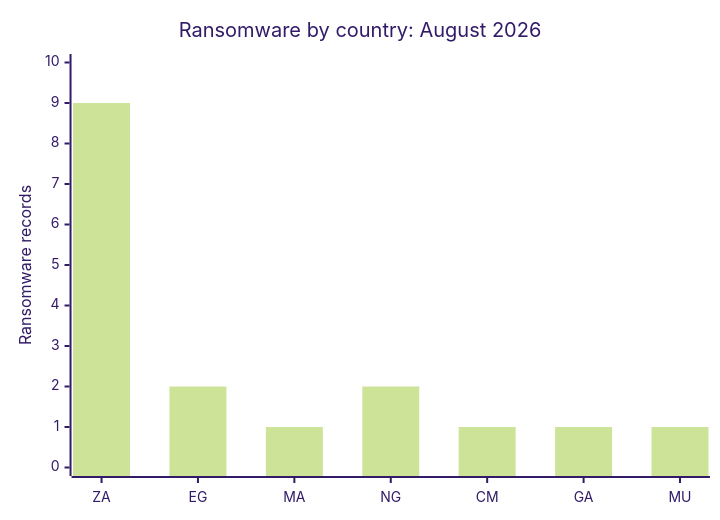
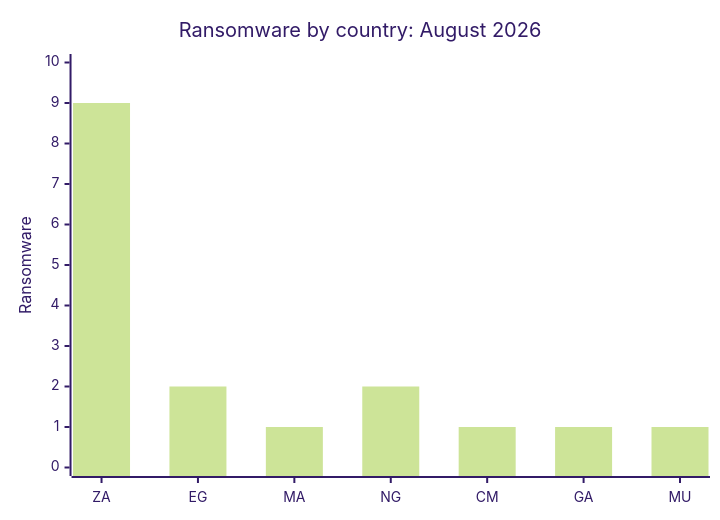
The fourth of 10 diagrams in CyberAttackAfrica/2026/08-august/README.md (Hatchepsoute/AFRINTEL), drawn with Mermaid (forest theme) before and after one commit. The commit also changed other lines of this file and 1 other file, not shown here.

````diff
--- a/CyberAttackAfrica/2026/08-august/README.md
+++ b/CyberAttackAfrica/2026/08-august/README.md
@@ -152,7 +179,7 @@
 ```mermaid
 xychart-beta
     title "Ransomware by country: August 2026"
     x-axis ["ZA", "EG", "MA", "NG", "CM", "GA", "MU"]
-    y-axis "Ransomware records" 0 --> 10
+    y-axis "Ransomware" 0 --> 10
     bar [9, 2, 1, 2, 1, 1, 1]
 ```
````
